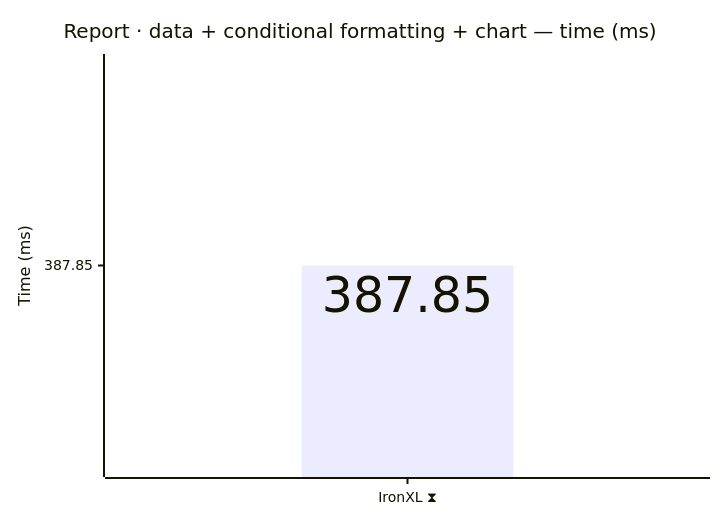
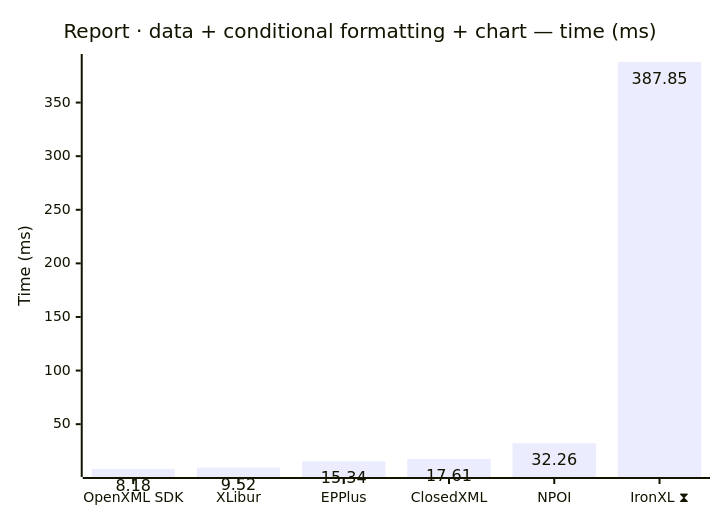
One commit to jafin/XLBench changed the seventh of 12 diagrams in docs/results.md. Above: the diagram before and after it, drawn with Mermaid. The commit also changed other lines of this file and 1 other file, not shown here.

````diff
--- a/docs/results.md
+++ b/docs/results.md
@@ -117,12 +117,12 @@
 ```mermaid
 ---
 config:
   xyChart:
     showDataLabel: true
 ---
 xychart-beta
     title "Report · data + conditional formatting + chart — time (ms)"
-    x-axis ["IronXL ⧗"]
+    x-axis ["OpenXML SDK", "XLibur", "EPPlus", "ClosedXML", "NPOI", "IronXL ⧗"]
     y-axis "Time (ms)"
-    bar [387.85]
+    bar [8.18, 9.52, 15.34, 17.61, 32.26, 387.85]
 ```
````
